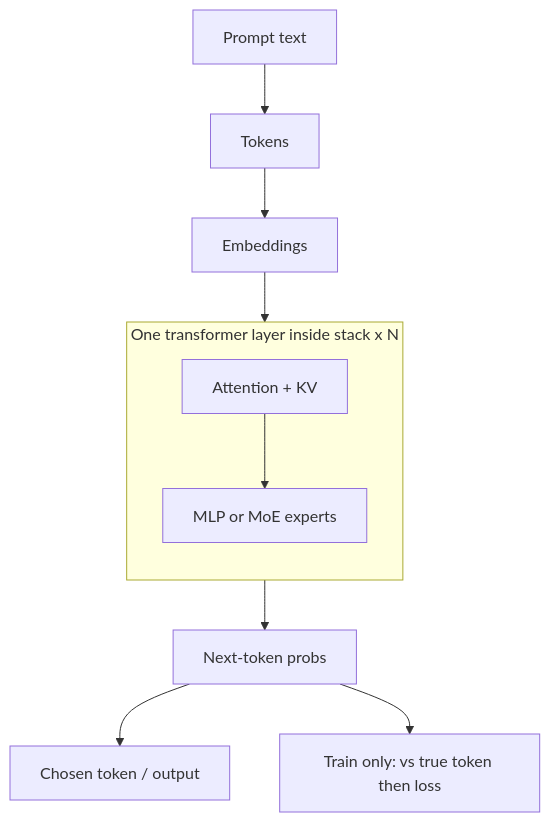
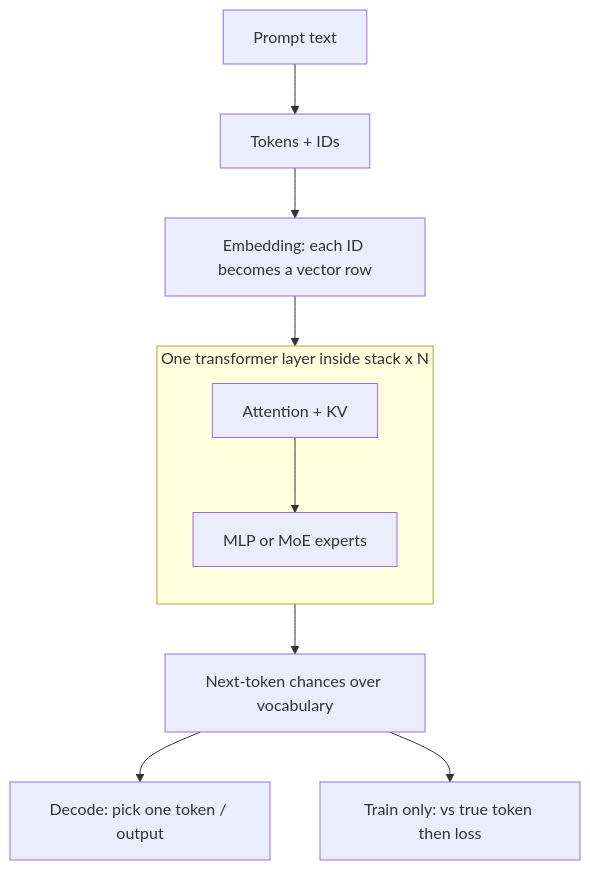
One commit to Vince-0/AI_Theory changed the first of 2 diagrams in README.md. Above: the diagram before and after it, drawn with Mermaid. The commit also changed other lines of this file and 10 other files, not shown here.

````diff
--- a/README.md
+++ b/README.md
@@ -41,17 +53,17 @@
 ```mermaid
 flowchart TD
-  prompt["Prompt text"] --> tok["Tokens"]
-  tok --> emb["Embeddings"]
+  prompt["Prompt text"] --> tok["Tokens + IDs"]
+  tok --> emb["Embedding: each ID becomes a vector row"]
 
   subgraph oneLayer ["One transformer layer inside stack x N"]
     direction TB
     attn["Attention + KV"]
     ffn["MLP or MoE experts"]
     attn --> ffn
   end
 
   emb --> attn
-  ffn --> pred["Next-token probs"]
-  pred --> out["Chosen token / output"]
+  ffn --> pred["Next-token chances over vocabulary"]
+  pred --> out["Decode: pick one token / output"]
   pred --> trainPath["Train only: vs true token then loss"]
 ```
````
